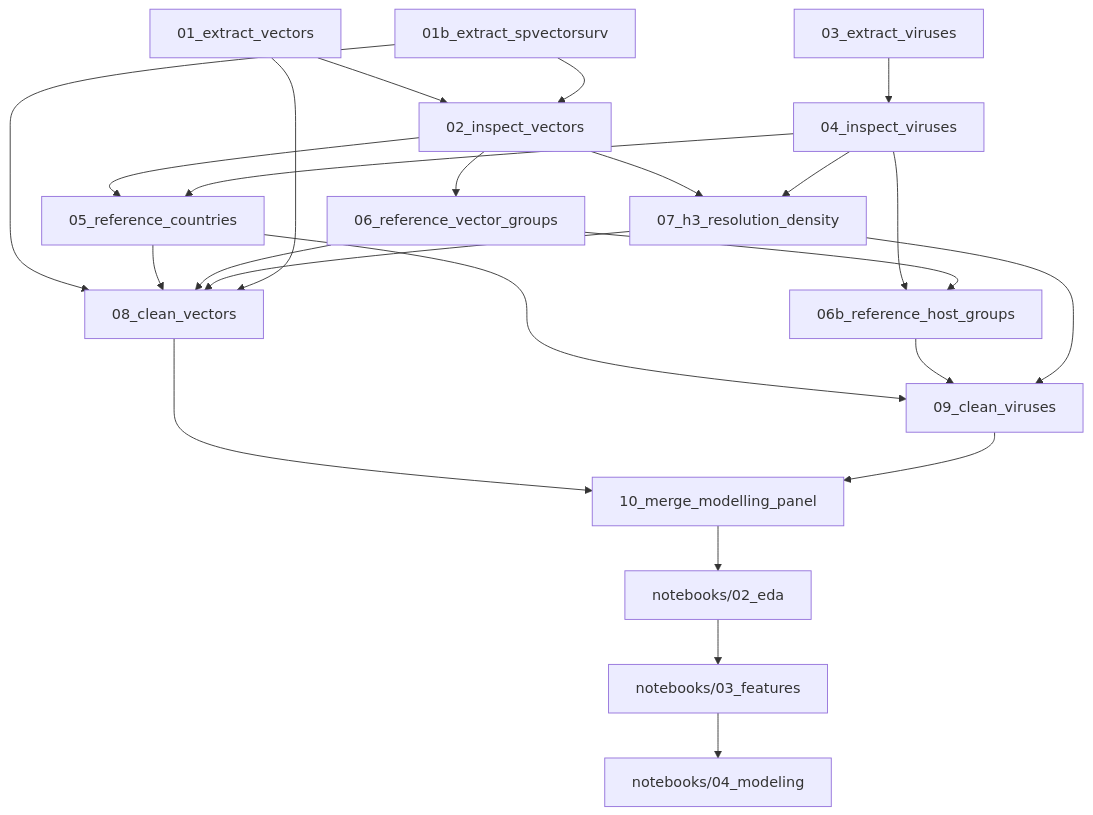
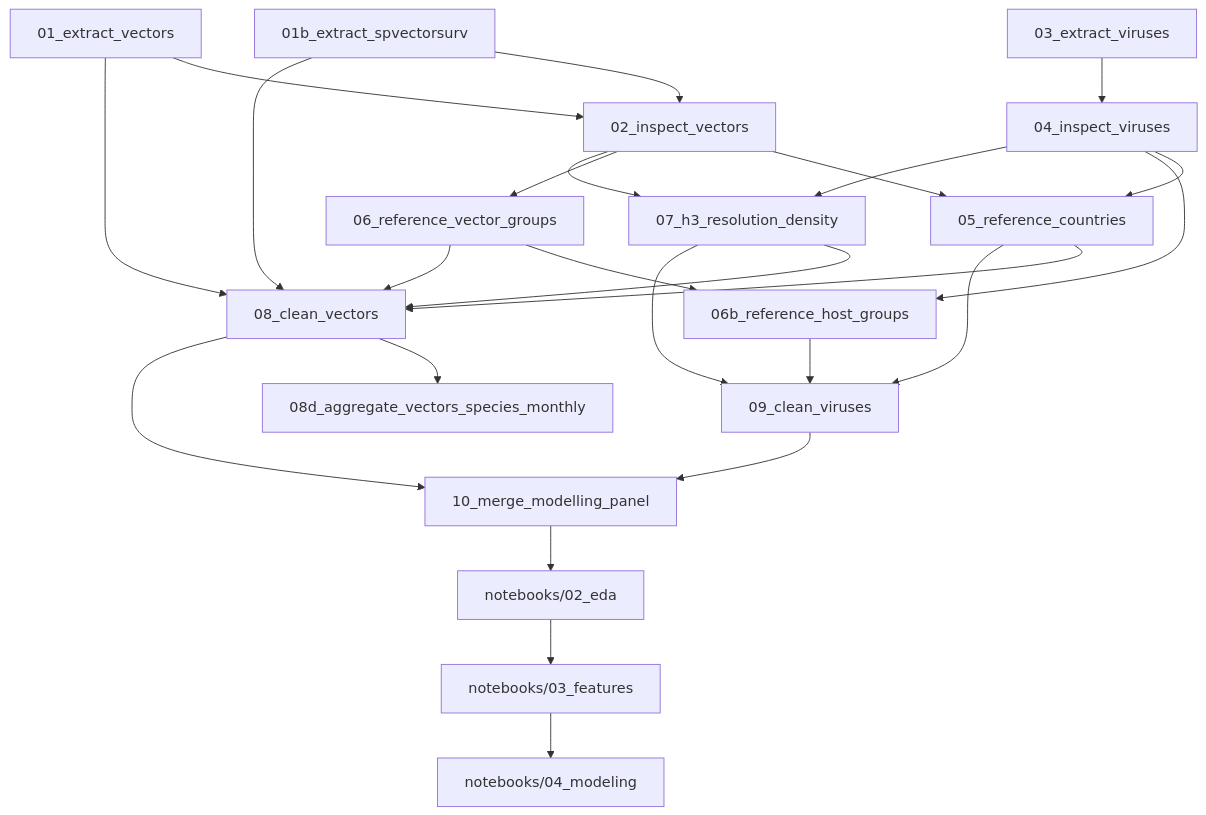
Before and after one commit to GustavoRusso/vector-guard: the diagram in specs/04-reference-data-and-panel-pipeline.md, drawn with Mermaid. The commit also changed other lines of this file and 7 other files, not shown here.

Commit message:
Built and wrote data/03_processed/vectors_species_monthly.parquet (32,255 rows; observation_count sum 121,796). grain (h3_cell, year, month, scientific_name, vector_group) with individual_count / observation_count / sampling_protocol_count, locked in specs/04-reference-data-and-panel-pipeline.md.

````diff
--- a/specs/04-reference-data-and-panel-pipeline.md
+++ b/specs/04-reference-data-and-panel-pipeline.md
@@ -227,42 +229,44 @@
 ```mermaid
 flowchart TD
   extractV["01_extract_vectors"]
   extractSp["01b_extract_spvectorsurv"]
   extractU["03_extract_viruses"]
   edaV["02_inspect_vectors"]
   edaU["04_inspect_viruses"]
   refCountries["05_reference_countries"]
   refTaxa["06_reference_vector_groups"]
   refHosts["06b_reference_host_groups"]
   h3Density["07_h3_resolution_density"]
   cleanV["08_clean_vectors"]
+  aggSpecies["08d_aggregate_vectors_species_monthly"]
   cleanU["09_clean_viruses"]
   merge["10_merge_modelling_panel"]
   edaNb["notebooks/02_eda"]
   featuresNb["notebooks/03_features"]
   modelingNb["notebooks/04_modeling"]
 
   extractV --> edaV
   extractSp --> edaV
   extractSp --> cleanV
   extractU --> edaU
   edaV --> refCountries
   edaU --> refCountries
   edaV --> refTaxa
   edaU --> refHosts
   refTaxa --> refHosts
   edaV --> h3Density
   edaU --> h3Density
   refCountries --> cleanV
   refCountries --> cleanU
   refTaxa --> cleanV
   refHosts --> cleanU
   h3Density --> cleanV
   h3Density --> cleanU
   extractV --> cleanV
+  cleanV --> aggSpecies
   cleanV --> merge
   cleanU --> merge
   merge --> edaNb
   edaNb --> featuresNb
   featuresNb --> modelingNb
 ```
````
